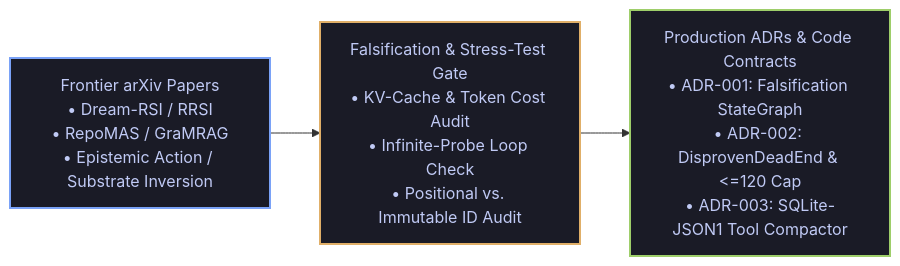
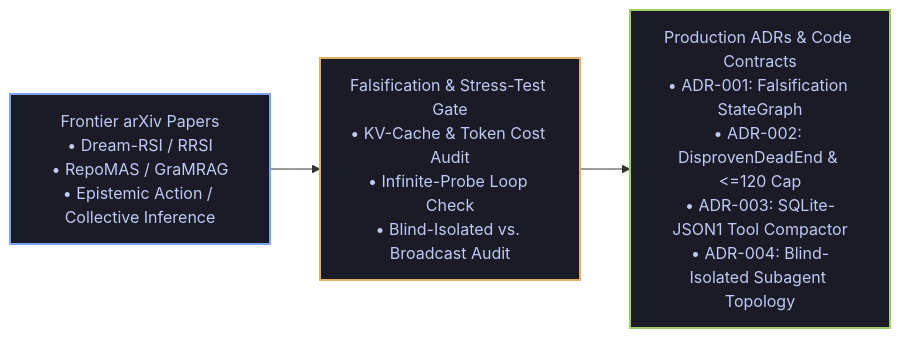
One commit to mariohu-fde/agentic-systems-radar changed the diagram in README.md. Above: the diagram before and after it, drawn with Mermaid. The commit also changed other lines of this file and 1 other file, not shown here.

Commit message:
docs(adr): add ADR-004 on blind-isolated subagent probing topologies

````diff
--- a/README.md
+++ b/README.md
@@ -18,12 +18,12 @@
 ```mermaid
 flowchart LR
     classDef paper fill:#1a1b26,stroke:#7aa2f7,stroke-width:2px,color:#c0caf5;
     classDef gate fill:#1a1b26,stroke:#e0af68,stroke-width:2px,color:#c0caf5;
     classDef prod fill:#1a1b26,stroke:#9ece6a,stroke-width:2px,color:#c0caf5;
 
-    P["Frontier arXiv Papers<br/>• Dream-RSI / RRSI<br/>• RepoMAS / GraMRAG<br/>• Epistemic Action / Substrate Inversion"]:::paper
-    G["Falsification & Stress-Test Gate<br/>• KV-Cache & Token Cost Audit<br/>• Infinite-Probe Loop Check<br/>• Positional vs. Immutable ID Audit"]:::gate
-    C["Production ADRs & Code Contracts<br/>• ADR-001: Falsification StateGraph<br/>• ADR-002: DisprovenDeadEnd & <=120 Cap<br/>• ADR-003: SQLite-JSON1 Tool Compactor"]:::prod
+    P["Frontier arXiv Papers<br/>• Dream-RSI / RRSI<br/>• RepoMAS / GraMRAG<br/>• Epistemic Action / Collective Inference"]:::paper
+    G["Falsification & Stress-Test Gate<br/>• KV-Cache & Token Cost Audit<br/>• Infinite-Probe Loop Check<br/>• Blind-Isolated vs. Broadcast Audit"]:::gate
+    C["Production ADRs & Code Contracts<br/>• ADR-001: Falsification StateGraph<br/>• ADR-002: DisprovenDeadEnd & <=120 Cap<br/>• ADR-003: SQLite-JSON1 Tool Compactor<br/>• ADR-004: Blind-Isolated Subagent Topology"]:::prod
 
     P --> G --> C
 ```
````
